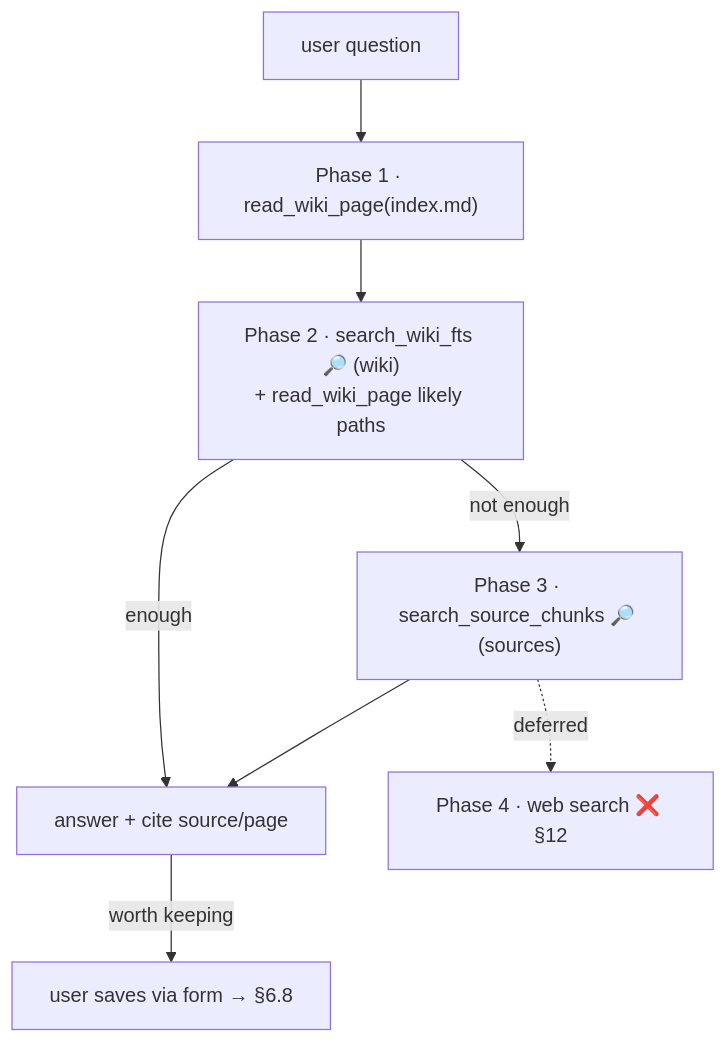
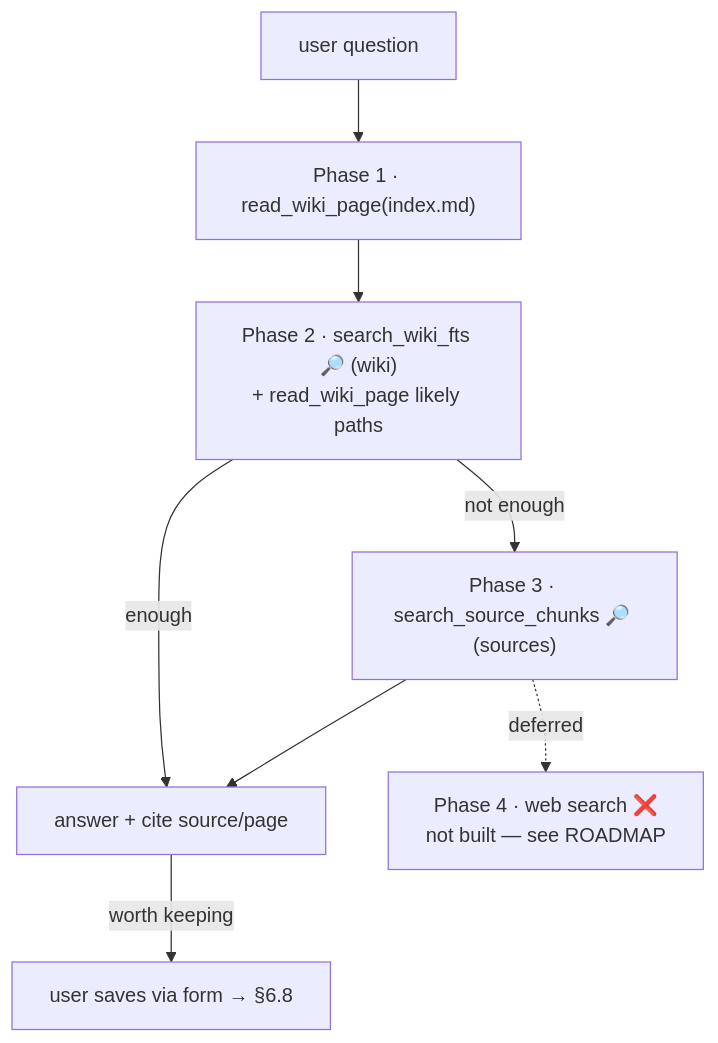
The seventh of 10 diagrams in docs/manual/workflows.md (Clod/llmwiki-marimo), drawn with Mermaid before and after one commit. The commit also changed other lines of this file and 6 other files, not shown here.

````diff
--- a/docs/manual/workflows.md
+++ b/docs/manual/workflows.md
@@ -694,10 +694,10 @@
 ```mermaid
 flowchart TD
     Q["user question"] --> P1["Phase 1 · read_wiki_page(index.md)"]
     P1 --> P2["Phase 2 · search_wiki_fts 🔎 (wiki)<br/>+ read_wiki_page likely paths"]
     P2 -->|enough| ANS["answer + cite source/page"]
     P2 -->|not enough| P3["Phase 3 · search_source_chunks 🔎 (sources)"]
     P3 --> ANS
-    P3 -. deferred .-> P4["Phase 4 · web search ❌ §12"]
+    P3 -. deferred .-> P4["Phase 4 · web search ❌<br/>not built — see ROADMAP"]
     ANS -->|worth keeping| CAP["user saves via form → §6.8"]
 ```
````
